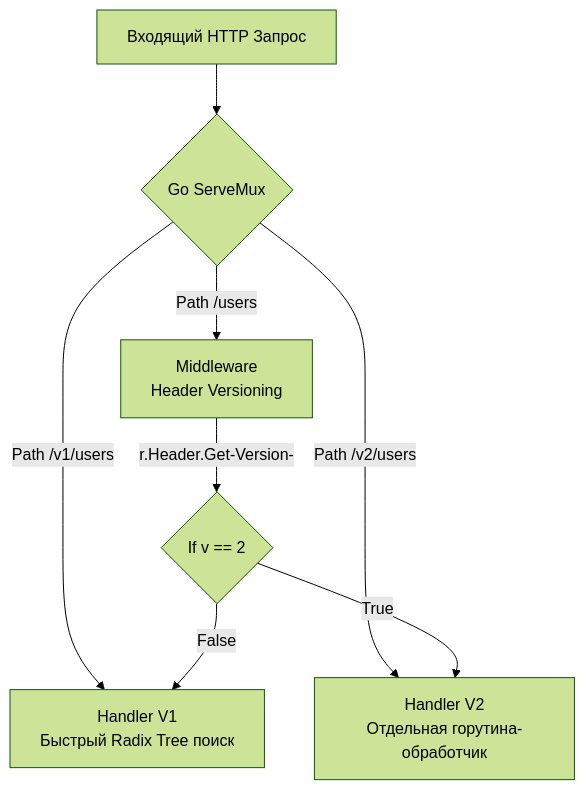
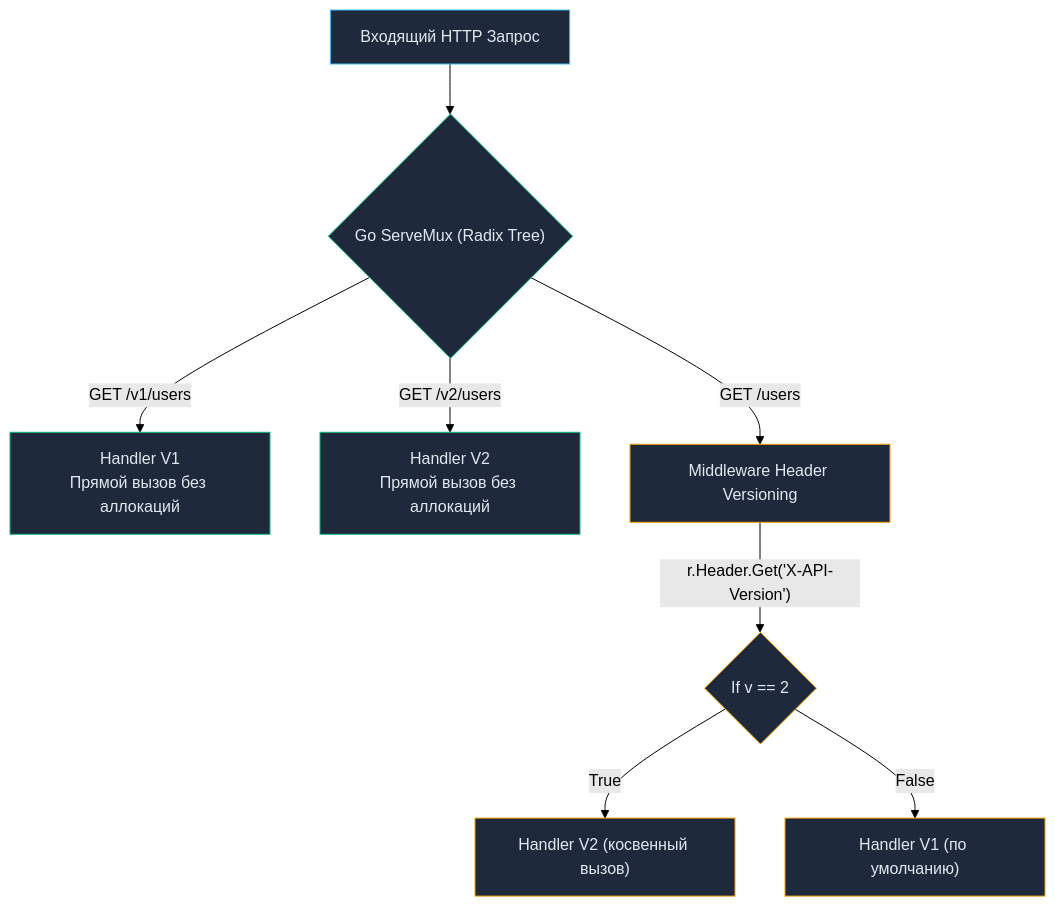
Before and after one commit to UnrealTemplier/go-textbook: the second of 2 diagrams in sources/10. Проектирование API и Сетевые протоколы/8. Versioning API.md, drawn with Mermaid (forest theme). The commit also changed other lines of this file, not shown here.

````diff
--- a/sources/10. Проектирование API и Сетевые протоколы/8. Versioning API.md
+++ b/sources/10. Проектирование API и Сетевые протоколы/8. Versioning API.md
@@ -55,12 +109,19 @@
 ```mermaid
 flowchart TD
-    Request["Входящий HTTP Запрос"] --> Router{"Go ServeMux"}
+    Request["Входящий HTTP Запрос"] --> Router{"Go ServeMux (Radix Tree)"}
     
-    Router -->|Path /v1/users| V1["Handler V1<br>Быстрый Radix Tree поиск"]
-    Router -->|Path /v2/users| V2["Handler V2<br>Отдельная горутина-обработчик"]
+    Router -->|"GET /v1/users"| V1["Handler V1<br>Прямой вызов без аллокаций"]
+    Router -->|"GET /v2/users"| V2["Handler V2<br>Прямой вызов без аллокаций"]
     
-    Router -->|Path /users| Mid["Middleware<br>Header Versioning"]
-    Mid -->|"r.Header.Get-Version-"| Logic{"If v == 2"}
-    Logic -->|True| V2
-    Logic -->|False| V1
+    Router -->|"GET /users"| Mid["Middleware Header Versioning"]
+    Mid -->|"r.Header.Get('X-API-Version')"| Logic{"If v == 2"}
+    Logic -->|"True"| V2Handler["Handler V2 (косвенный вызов)"]
+    Logic -->|"False"| V1Handler["Handler V1 (по умолчанию)"]
+
+    classDef proc fill:#1e293b,stroke:#38bdf8,stroke-width:1px,color:#e2e8f0;
+    classDef fast fill:#1e293b,stroke:#10b981,stroke-width:1px,color:#e2e8f0;
+    classDef slow fill:#1e293b,stroke:#f59e0b,stroke-width:1px,color:#e2e8f0;
+    class Request proc;
+    class Router,V1,V2 fast;
+    class Mid,Logic,V2Handler,V1Handler slow;
 ```
````
